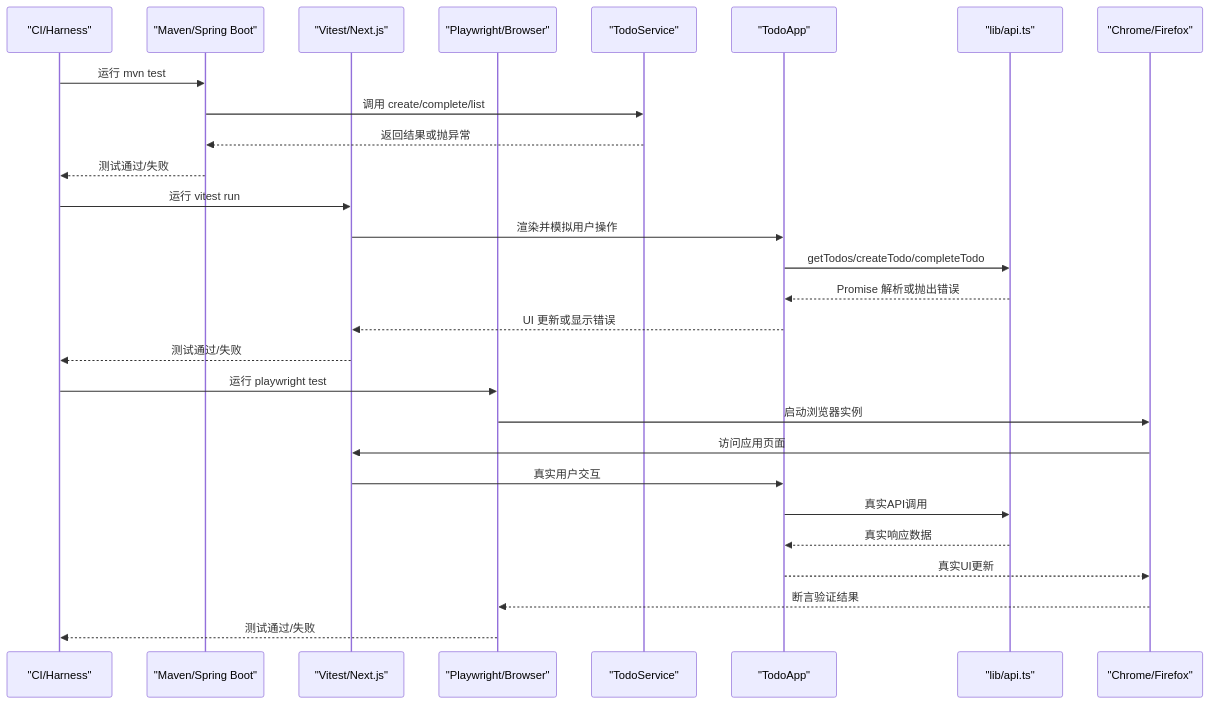
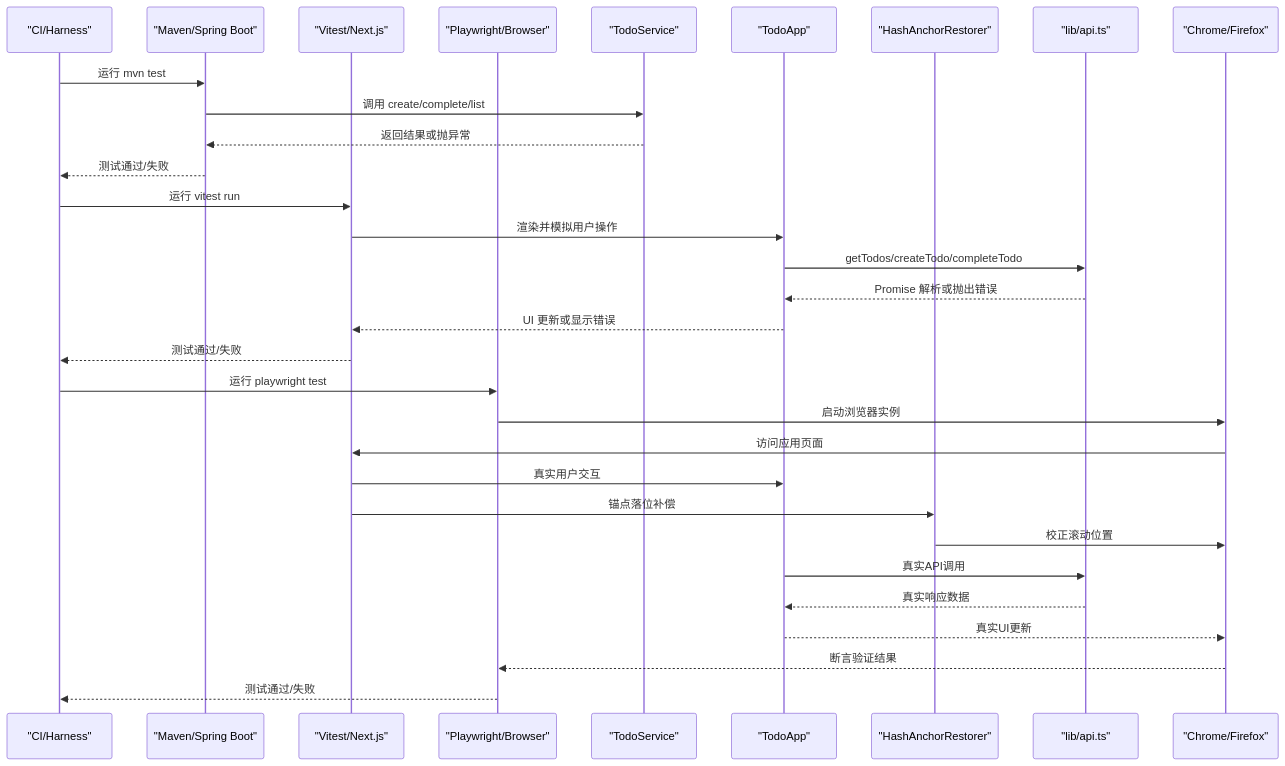
One commit to luyitiger6/my-first-project changed the second of 9 diagrams in .qoder/repowiki/zh/content/测试策略.md. Above: the diagram before and after it, drawn with Mermaid. The commit also changed other lines of this file and 42 other files, not shown here.

````diff
--- a/.qoder/repowiki/zh/content/测试策略.md
+++ b/.qoder/repowiki/zh/content/测试策略.md
@@ -148,30 +165,33 @@
 ```mermaid
 sequenceDiagram
 participant CI as "CI/Harness"
 participant Backend as "Maven/Spring Boot"
 participant Frontend as "Vitest/Next.js"
 participant E2E as "Playwright/Browser"
 participant Service as "TodoService"
 participant Component as "TodoApp"
+participant Anchor as "HashAnchorRestorer"
 participant ApiClient as "lib/api.ts"
 participant Browser as "Chrome/Firefox"
 CI->>Backend : 运行 mvn test
 Backend->>Service : 调用 create/complete/list
 Service-->>Backend : 返回结果或抛异常
 Backend-->>CI : 测试通过/失败
 CI->>Frontend : 运行 vitest run
 Frontend->>Component : 渲染并模拟用户操作
 Component->>ApiClient : getTodos/createTodo/completeTodo
 ApiClient-->>Component : Promise 解析或抛出错误
 Component-->>Frontend : UI 更新或显示错误
 Frontend-->>CI : 测试通过/失败
 CI->>E2E : 运行 playwright test
 E2E->>Browser : 启动浏览器实例
 Browser->>Frontend : 访问应用页面
 Frontend->>Component : 真实用户交互
+Frontend->>Anchor : 锚点落位补偿
+Anchor->>Browser : 校正滚动位置
 Component->>ApiClient : 真实API调用
 ApiClient-->>Component : 真实响应数据
 Component-->>Browser : 真实UI更新
 Browser-->>E2E : 断言验证结果
 E2E-->>CI : 测试通过/失败
 ```
````
